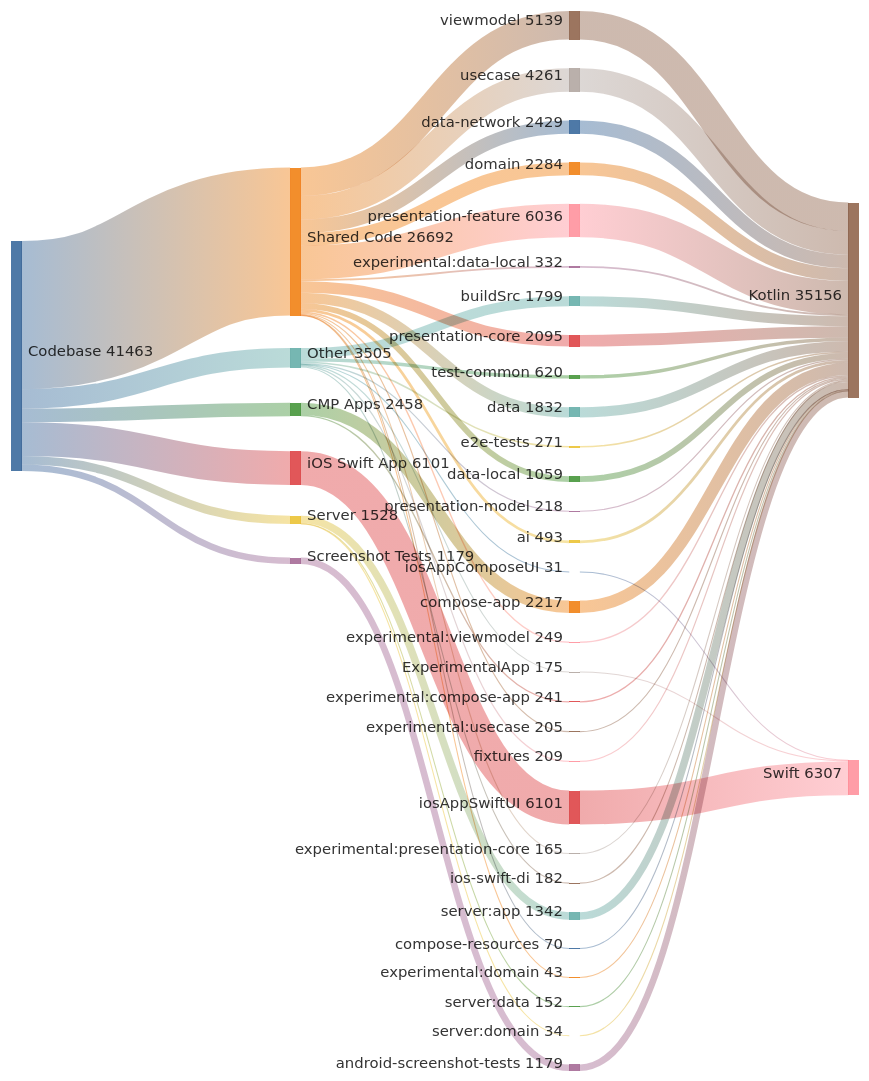
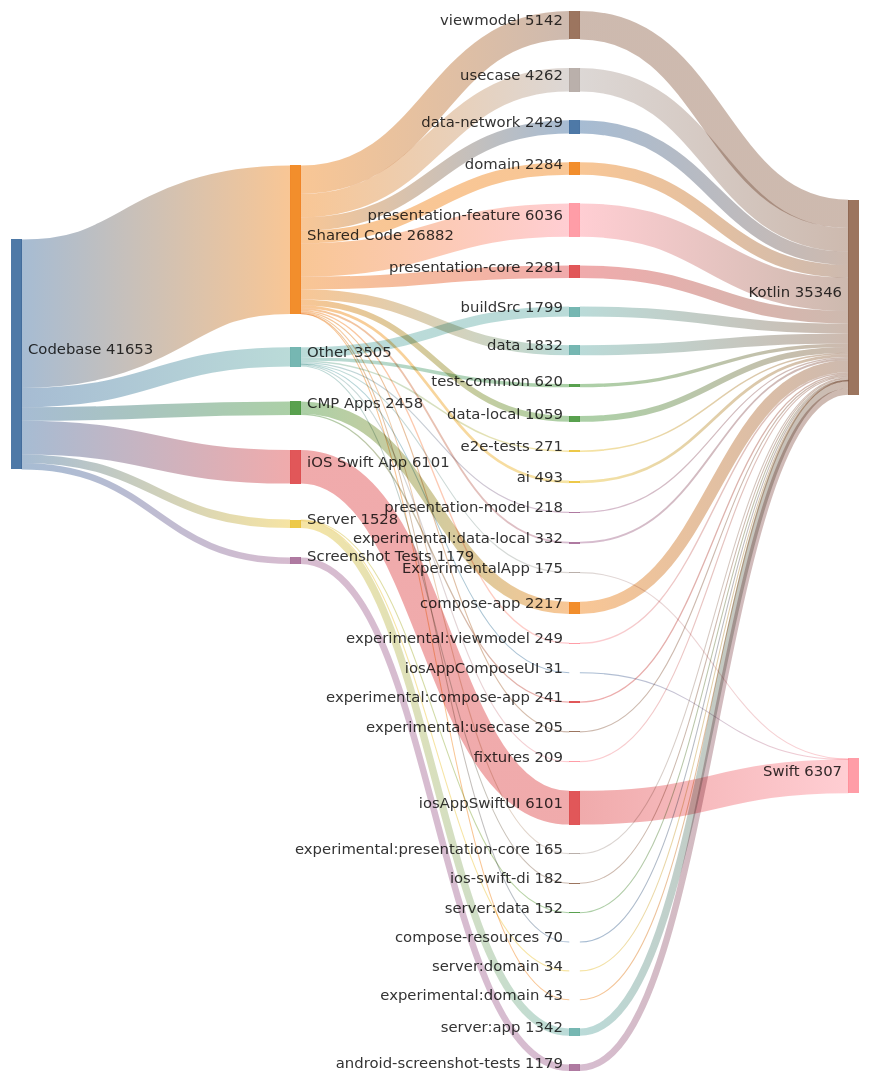
One commit to cartland/battery-butler changed the second of 2 diagrams in README.md. Above: the diagram before and after it, drawn with Mermaid. The commit also changed 2 other files, not shown here.

Commit message:
docs(generated): Regenerate architecture diagrams and analysis (#1008)

```diff
--- a/README.md
+++ b/README.md
@@ -213,7 +213,7 @@
 %% GENERATED FILE - DO NOT EDIT
 sankey-beta
 
-Codebase,Shared Code,26692
+Codebase,Shared Code,26882
 Codebase,iOS Swift App,6101
 Codebase,Other,3505
 Codebase,CMP Apps,2458
@@ -221,11 +221,11 @@
 Codebase,Screenshot Tests,1179
 
 Shared Code,presentation-feature,6036
-Shared Code,viewmodel,5139
-Shared Code,usecase,4261
+Shared Code,viewmodel,5142
+Shared Code,usecase,4262
 Shared Code,data-network,2429
 Shared Code,domain,2284
-Shared Code,presentation-core,2095
+Shared Code,presentation-core,2281
 Shared Code,data,1832
 Shared Code,data-local,1059
 Shared Code,ai,493
@@ -258,12 +258,12 @@
 
 iosAppSwiftUI,Swift,6101
 presentation-feature,Kotlin,6036
-viewmodel,Kotlin,5139
-usecase,Kotlin,4261
+viewmodel,Kotlin,5142
+usecase,Kotlin,4262
 data-network,Kotlin,2429
 domain,Kotlin,2284
+presentation-core,Kotlin,2281
 compose-app,Kotlin,2217
-presentation-core,Kotlin,2095
 data,Kotlin,1832
 buildSrc,Kotlin,1799
 server:app,Kotlin,1342
```
